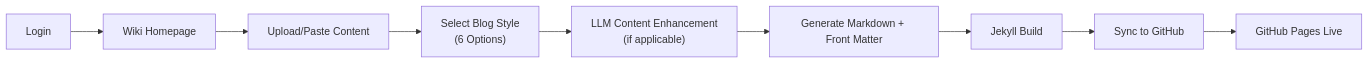
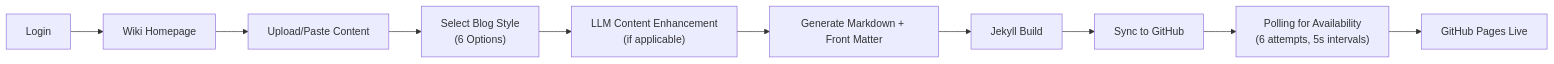
Before and after one commit to PolarisW007/PolaZhenJing: diagram 16 of 16 in .qoder/repowiki/en/content/Frontend Application/Article Presentation System/Article Presentation System.md, drawn with Mermaid. The commit also changed other lines of this file and 4 other files, not shown here.

````diff
--- a/.qoder/repowiki/en/content/Frontend Application/Article Presentation System/Article Presentation System.md
+++ b/.qoder/repowiki/en/content/Frontend Application/Article Presentation System/Article Presentation System.md
@@ -741,11 +885,12 @@
 ```mermaid
 flowchart LR
 Login["Login"] --> Wiki["Wiki Homepage"]
 Wiki --> Upload["Upload/Paste Content"]
 Upload --> Style["Select Blog Style<br/>(6 Options)"]
 Style --> LLM["LLM Content Enhancement<br/>(if applicable)"]
 LLM --> Generate["Generate Markdown + Front Matter"]
 Generate --> Jekyll["Jekyll Build"]
 Jekyll --> GitHub["Sync to GitHub"]
-GitHub --> Publish["GitHub Pages Live"]
+GitHub --> Polling["Polling for Availability<br/>(6 attempts, 5s intervals)"]
+Polling --> Publish["GitHub Pages Live"]
 ```
````
